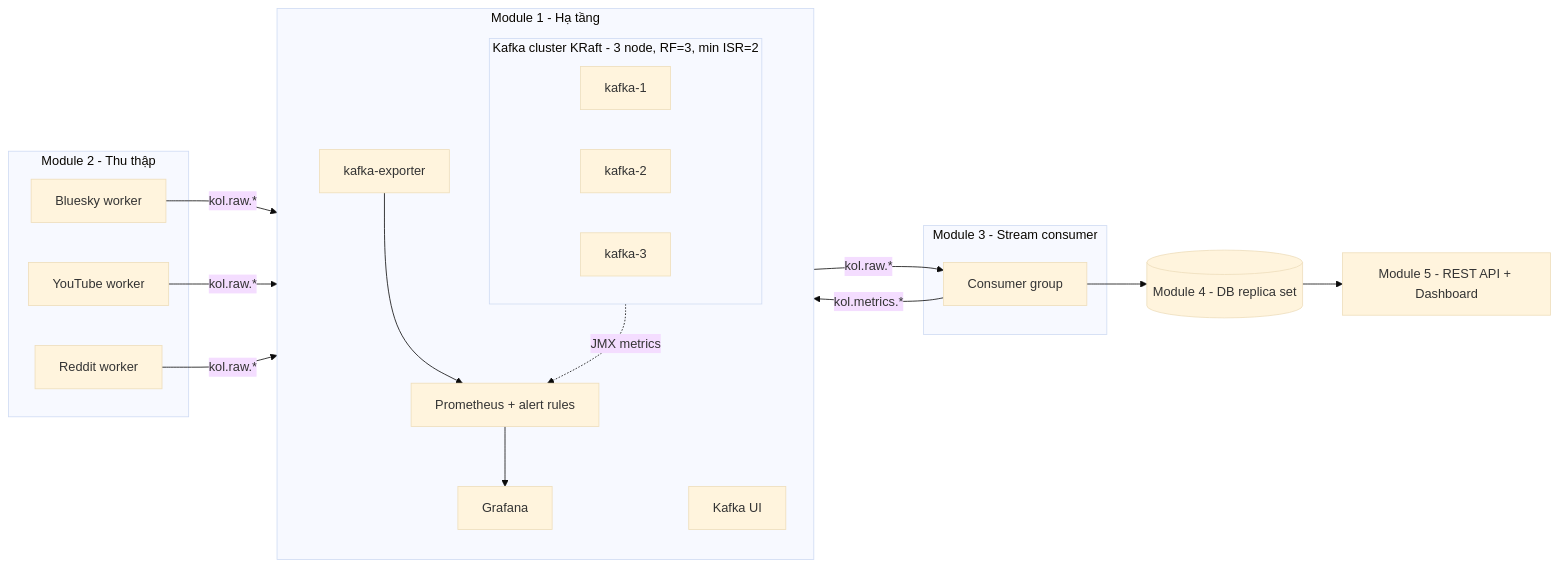
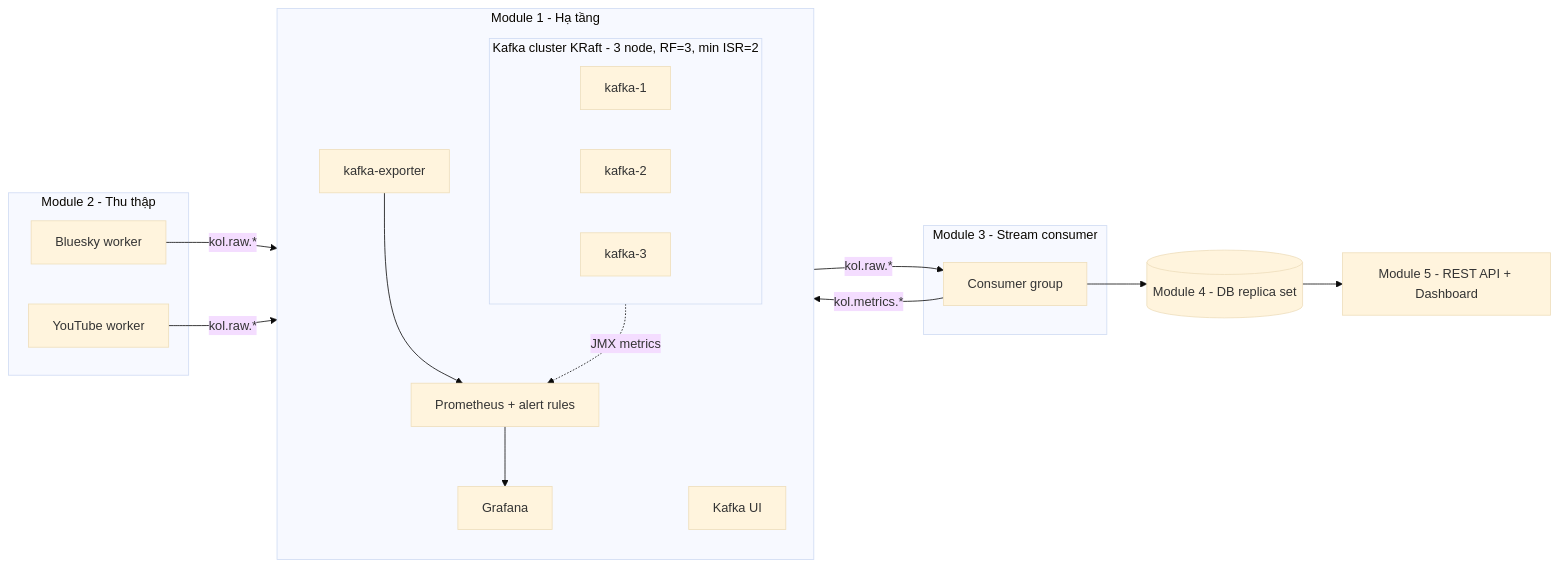
Before and after one commit to supernewbiecoder/He_thong_danh_gia_KOL: the diagram in README.md, drawn with Mermaid (base theme). The commit also changed other lines of this file and 25 other files, not shown here.

````diff
--- a/README.md
+++ b/README.md
@@ -7,31 +7,30 @@
 ```mermaid
 flowchart LR
     subgraph M2[Module 2 - Thu thập]
         BS[Bluesky worker]
         YT[YouTube worker]
-        RD[Reddit worker]
     end
     subgraph M1[Module 1 - Hạ tầng]
         direction TB
         subgraph K[Kafka cluster KRaft - 3 node, RF=3, min ISR=2]
             K1[kafka-1]
             K2[kafka-2]
             K3[kafka-3]
         end
         EXP[kafka-exporter] --> PROM[Prometheus + alert rules]
         K -. JMX metrics .-> PROM
         PROM --> GRAF[Grafana]
         UI[Kafka UI]
     end
     subgraph M3[Module 3 - Stream consumer]
         SC[Consumer group]
     end
     DB[(Module 4 - DB replica set)]
     API[Module 5 - REST API + Dashboard]
 
-    BS & YT & RD -->|kol.raw.*| K
+    BS & YT -->|kol.raw.*| K
     K -->|kol.raw.*| SC
     SC -->|kol.metrics.*| K
     SC --> DB
     DB --> API
 ```
````
